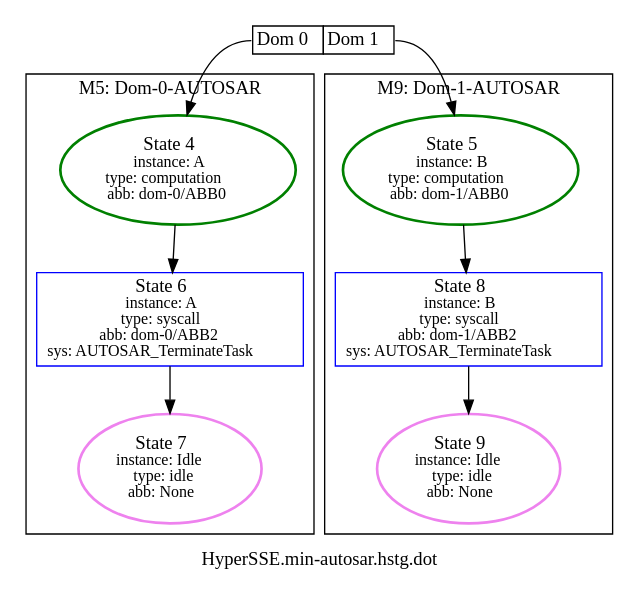
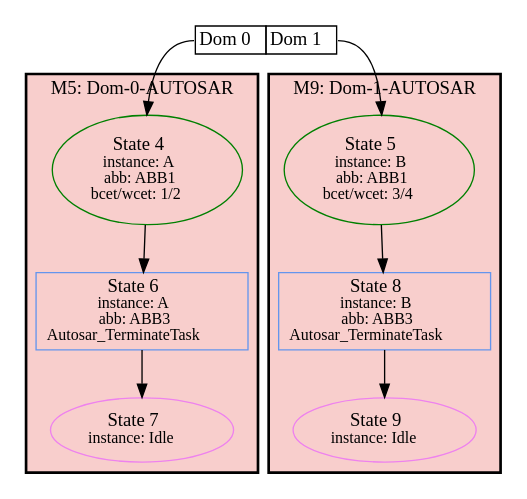
The diagram in appl/Xen/min-autosar/HyperSSE.min-autosar.hstg.dot (luhsra/ara), drawn with Graphviz before and after one commit. The commit also changed 47 other files, not shown here.

```diff
--- a/appl/Xen/min-autosar/HyperSSE.min-autosar.hstg.dot
+++ b/appl/Xen/min-autosar/HyperSSE.min-autosar.hstg.dot
@@ -1,24 +1,28 @@
 digraph G {
-label="HyperSSE.min-autosar.hstg.dot";
+label="";
 1 [label=<<TABLE BORDER="0" CELLBORDER="1" CELLSPACING="0"><TR><TD PORT="c0">Dom 0</TD><TD PORT="c1">Dom 1</TD></TR></TABLE>>, shape=plaintext, tooltip=1];
 subgraph cluster_5 {
+bgcolor="#F8CECC";
 label="M5: Dom-0-AUTOSAR";
-2 [color=green, fontsize=14, label=<State 4<br/><font point-size='12'>instance: A<br/>type: computation<br/>abb: dom-0/ABB0</font>>, style=bold, tooltip=2];
-3 [color=blue, fontsize=14, label=<State 6<br/><font point-size='12'>instance: A<br/>type: syscall<br/>abb: dom-0/ABB2<br/>sys: AUTOSAR_TerminateTask</font>>, shape=box, tooltip=3];
-4 [color=violet, fontsize=14, label=<State 7<br/><font point-size='12'>instance: Idle<br/>type: idle<br/>abb: None</font>>, style=bold, tooltip=4];
+style=bold;
+2 [color=green, fontsize=14, label=<State 4<br/><font point-size='12'>instance: A<br/>abb: ABB1<br/>bcet/wcet: 1/2</font>>, style=solid, tooltip=2];
+3 [color=cornflowerblue, fontsize=14, label=<State 6<br/><font point-size='12'>instance: A<br/>abb: ABB3<br/>Autosar_TerminateTask</font>>, shape=box, tooltip=3];
+4 [color=violet, fontsize=14, label=<State 7<br/><font point-size='12'>instance: Idle</font>>, style=solid, tooltip=4];
 }
 
 subgraph cluster_9 {
+bgcolor="#F8CECC";
 label="M9: Dom-1-AUTOSAR";
-8 [color=violet, fontsize=14, label=<State 9<br/><font point-size='12'>instance: Idle<br/>type: idle<br/>abb: None</font>>, style=bold, tooltip=8];
-6 [color=green, fontsize=14, label=<State 5<br/><font point-size='12'>instance: B<br/>type: computation<br/>abb: dom-1/ABB0</font>>, style=bold, tooltip=6];
-7 [color=blue, fontsize=14, label=<State 8<br/><font point-size='12'>instance: B<br/>type: syscall<br/>abb: dom-1/ABB2<br/>sys: AUTOSAR_TerminateTask</font>>, shape=box, tooltip=7];
+style=bold;
+8 [color=violet, fontsize=14, label=<State 9<br/><font point-size='12'>instance: Idle</font>>, style=solid, tooltip=8];
+6 [color=green, fontsize=14, label=<State 5<br/><font point-size='12'>instance: B<br/>abb: ABB1<br/>bcet/wcet: 3/4</font>>, style=solid, tooltip=6];
+7 [color=cornflowerblue, fontsize=14, label=<State 8<br/><font point-size='12'>instance: B<br/>abb: ABB3<br/>Autosar_TerminateTask</font>>, shape=box, tooltip=7];
 }
 
 1:c0 -> 2  [color=black];
 1:c1 -> 6  [color=black];
 2 -> 3  [color=black];
 3 -> 4  [color=black];
 6 -> 7  [color=black];
 7 -> 8  [color=black];
 }
```
